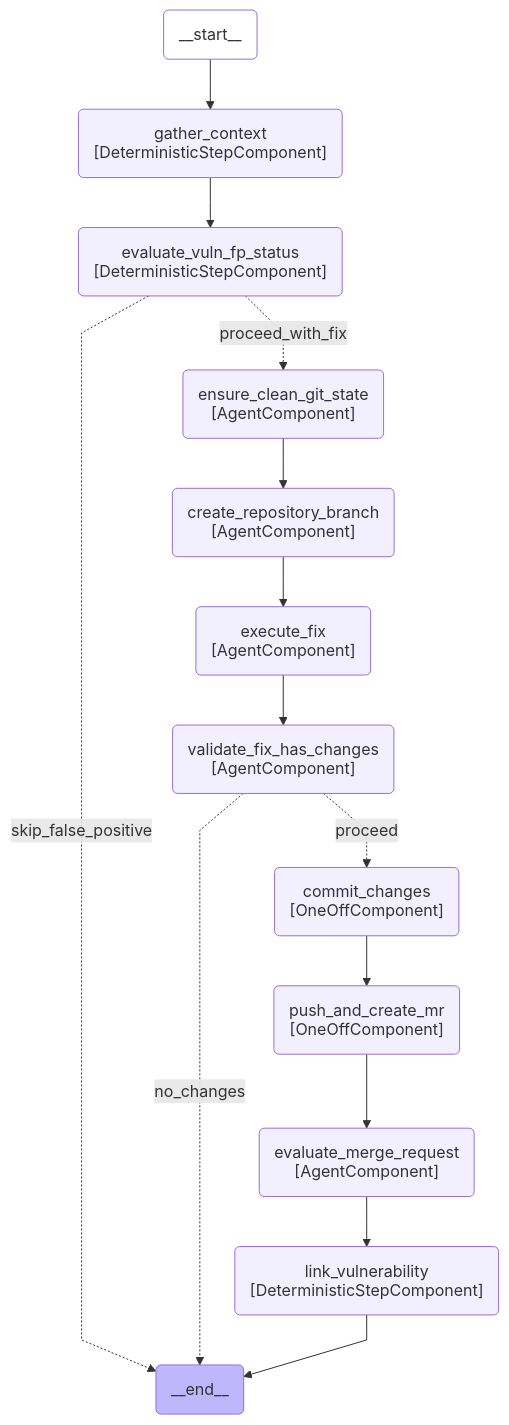
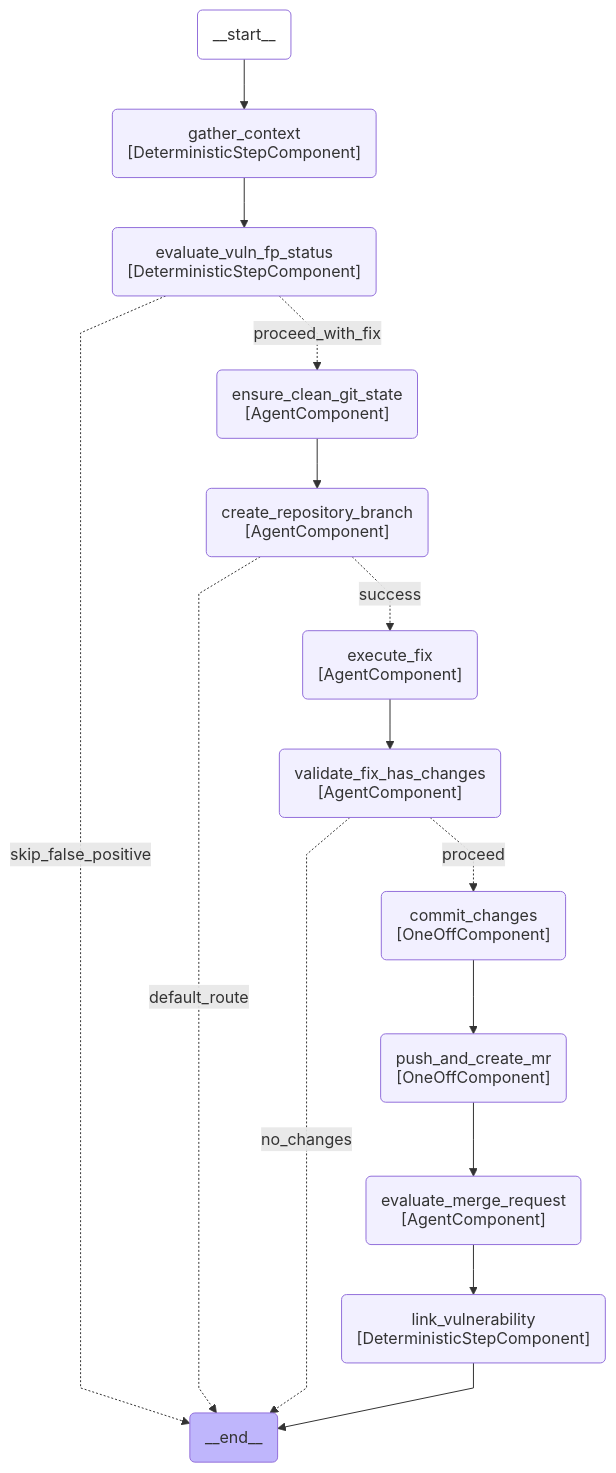
Diagram 21 of 24 in docs/duo_workflow_service_graphs.md (movax01h/ai-gateway), drawn with Mermaid before and after one commit. The commit also changed other lines of this file and 7 other files, not shown here.

Commit message:
feat(workflows): use response schema for create_repository_branch output

````diff
--- a/docs/duo_workflow_service_graphs.md
+++ b/docs/duo_workflow_service_graphs.md
@@ -601,36 +604,37 @@
 ```mermaid
 ---
 config:
     flowchart:
         curve: linear
 ---
 graph TD;
     __start__(__start__):::first;
     __end__(__end__):::last;
     __start__ --> gather_context;
     gather_context(gather_context<br>#91;DeterministicStepComponent#93;);
     evaluate_vuln_fp_status(evaluate_vuln_fp_status<br>#91;DeterministicStepComponent#93;);
     ensure_clean_git_state(ensure_clean_git_state<br>#91;AgentComponent#93;);
     create_repository_branch(create_repository_branch<br>#91;AgentComponent#93;);
     execute_fix(execute_fix<br>#91;AgentComponent#93;);
     validate_fix_has_changes(validate_fix_has_changes<br>#91;AgentComponent#93;);
     commit_changes(commit_changes<br>#91;OneOffComponent#93;);
     push_and_create_mr(push_and_create_mr<br>#91;OneOffComponent#93;);
     link_vulnerability(link_vulnerability<br>#91;DeterministicStepComponent#93;);
     evaluate_merge_request(evaluate_merge_request<br>#91;AgentComponent#93;);
     gather_context --> evaluate_vuln_fp_status;
     evaluate_vuln_fp_status -.->|skip_false_positive| __end__;
     evaluate_vuln_fp_status -.->|proceed_with_fix| ensure_clean_git_state;
     ensure_clean_git_state --> create_repository_branch;
-    create_repository_branch --> execute_fix;
+    create_repository_branch -.->|success| execute_fix;
+    create_repository_branch -.->|default_route| __end__;
     execute_fix --> validate_fix_has_changes;
     validate_fix_has_changes -.->|proceed| commit_changes;
     validate_fix_has_changes -.->|no_changes| __end__;
     commit_changes --> push_and_create_mr;
     push_and_create_mr --> evaluate_merge_request;
     evaluate_merge_request --> link_vulnerability;
     link_vulnerability --> __end__;
     classDef default fill:#f2f0ff,line-height:1.2;
     classDef first fill-opacity:0;
     classDef last fill:#bfb6fc;
 ```
````
